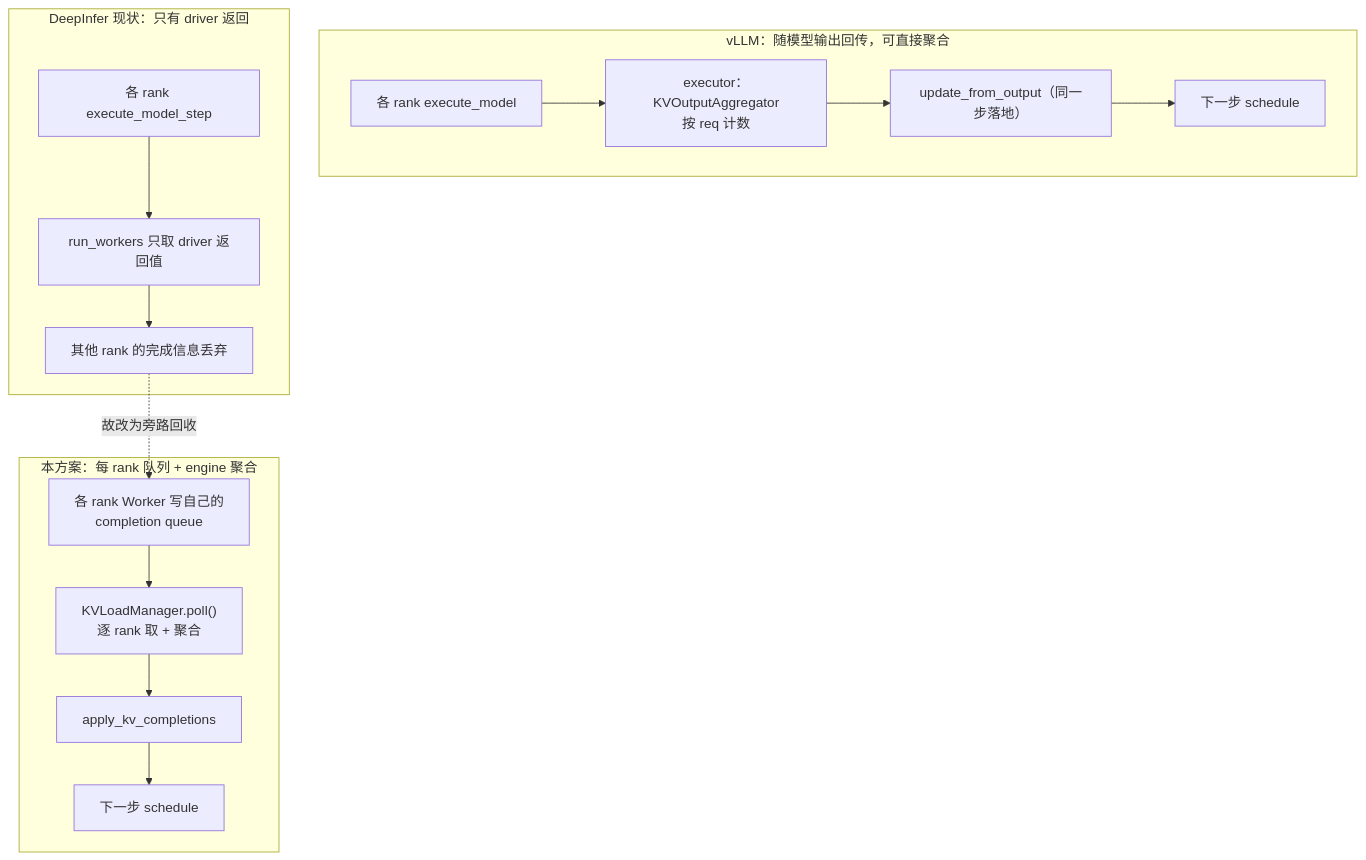
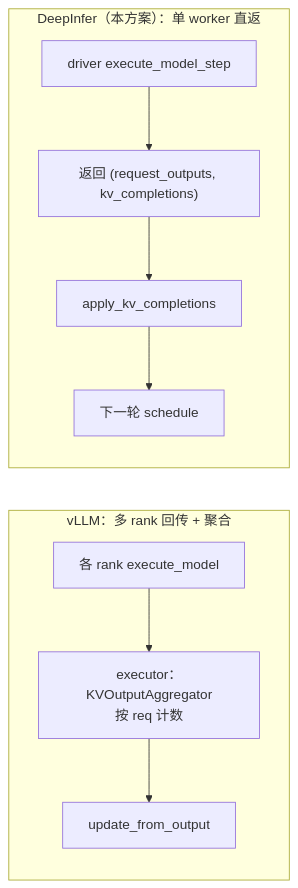
The fifth of 5 diagrams in REQ-KVP-04-async-kv-get/REQ-KVP-04-async-kv-get.md (tuliang1024/kv_cache), drawn with Mermaid before and after one commit. The commit also changed other lines of this file and 1 other file, not shown here.

````diff
--- a/REQ-KVP-04-async-kv-get/REQ-KVP-04-async-kv-get.md
+++ b/REQ-KVP-04-async-kv-get/REQ-KVP-04-async-kv-get.md
@@ -322,16 +262,9 @@
 ```mermaid
-flowchart TB
-    subgraph V["vLLM：随模型输出回传，可直接聚合"]
-        A1["各 rank execute_model"] --> A2["executor：KVOutputAggregator<br/>按 req 计数"]
-        A2 --> A3["update_from_output（同一步落地）"] --> A4["下一步 schedule"]
+flowchart LR
+    subgraph V["vLLM：多 rank 回传 + 聚合"]
+        A1["各 rank execute_model"] --> A2["executor：KVOutputAggregator<br/>按 req 计数"] --> A3["update_from_output"]
     end
-    subgraph D["DeepInfer 现状：只有 driver 返回"]
-        B1["各 rank execute_model_step"] --> B2["run_workers 只取 driver 返回值"]
-        B2 --> B3["其他 rank 的完成信息丢弃"]
+    subgraph D["DeepInfer（本方案）：单 worker 直返"]
+        B1["driver execute_model_step"] --> B2["返回 (request_outputs, kv_completions)"] --> B3["apply_kv_completions"] --> B4["下一轮 schedule"]
     end
-    subgraph N["本方案：每 rank 队列 + engine 聚合"]
-        C1["各 rank Worker 写自己的<br/>completion queue"] --> C2["KVLoadManager.poll()<br/>逐 rank 取 + 聚合"]
-        C2 --> C3["apply_kv_completions"] --> C4["下一步 schedule"]
-    end
-    B3 -.->|"故改为旁路回收"| C1
 ```
````
